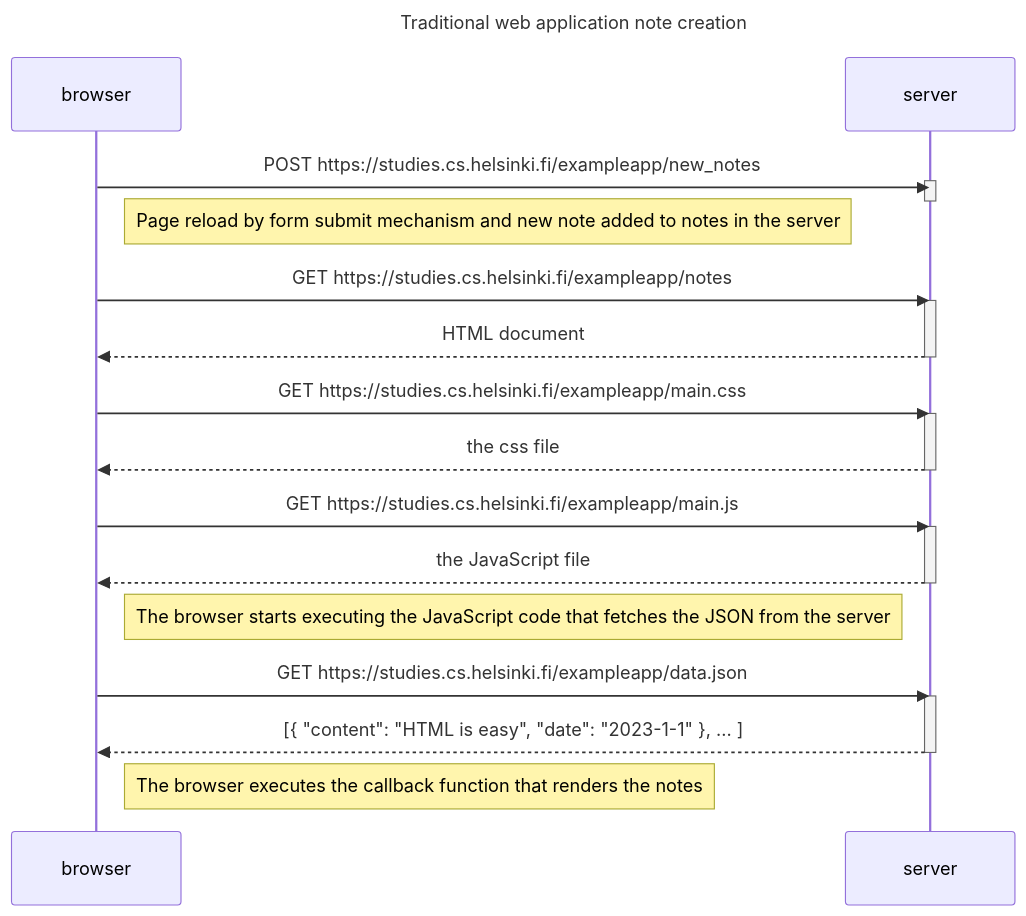
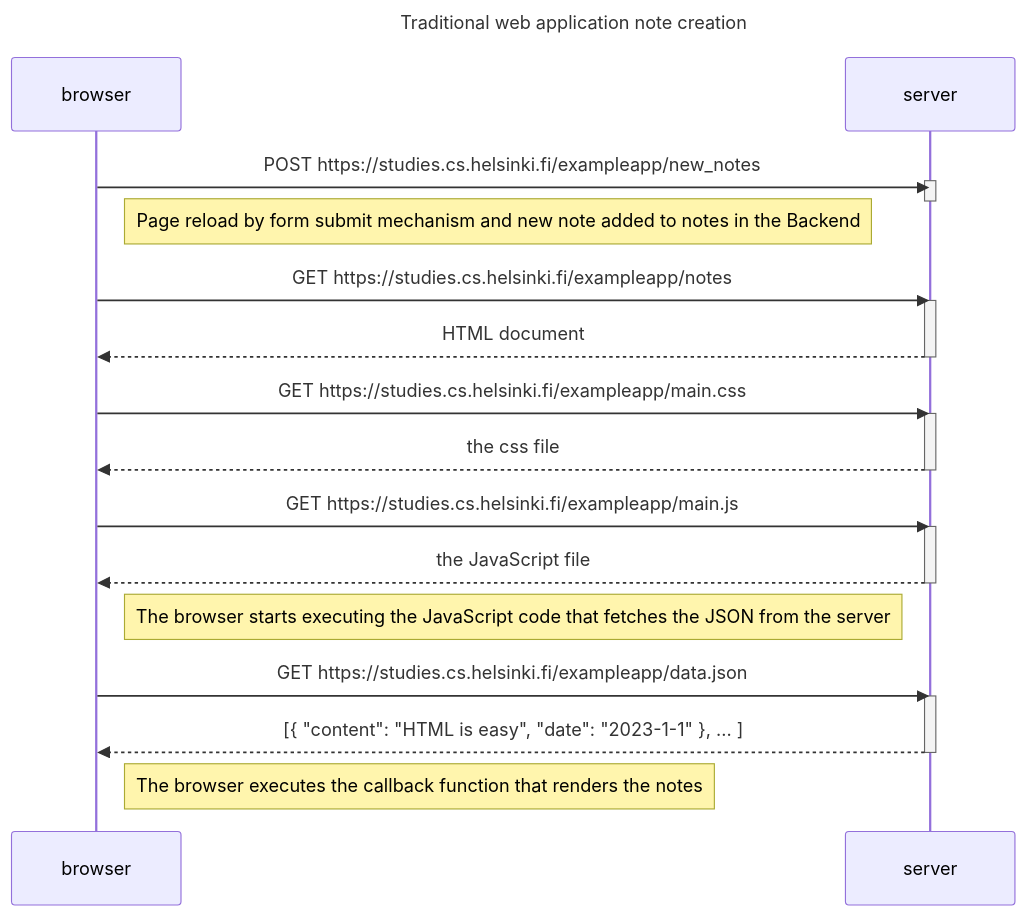
Before and after one commit to cunbex/FullStackOpen-Exercises: the diagram in part0/0.4.md, drawn with Mermaid. The commit also changed 1 other file, not shown here.

````diff
--- a/part0/0.4.md
+++ b/part0/0.4.md
@@ -1,36 +1,36 @@
 ```mermaid
 sequenceDiagram
     title Traditional web application note creation
     participant browser
     participant server
 
     browser->>server: POST https://studies.cs.helsinki.fi/exampleapp/new_notes
     activate server
     deactivate server
 
-    Note right of browser: Page reload by form submit mechanism and new note added to notes in the server
+    Note right of browser: Page reload by form submit mechanism and new note added to notes in the Backend
 
     browser->>server: GET https://studies.cs.helsinki.fi/exampleapp/notes
     activate server
     server-->>browser: HTML document
     deactivate server
 
     browser->>server: GET https://studies.cs.helsinki.fi/exampleapp/main.css
     activate server
     server-->>browser: the css file
     deactivate server
 
     browser->>server: GET https://studies.cs.helsinki.fi/exampleapp/main.js
     activate server
     server-->>browser: the JavaScript file
     deactivate server
 
     Note right of browser: The browser starts executing the JavaScript code that fetches the JSON from the server
 
     browser->>server: GET https://studies.cs.helsinki.fi/exampleapp/data.json
     activate server
     server-->>browser: [{ "content": "HTML is easy", "date": "2023-1-1" }, ... ]
     deactivate server
 
     Note right of browser: The browser executes the callback function that renders the notes
 ```
````
